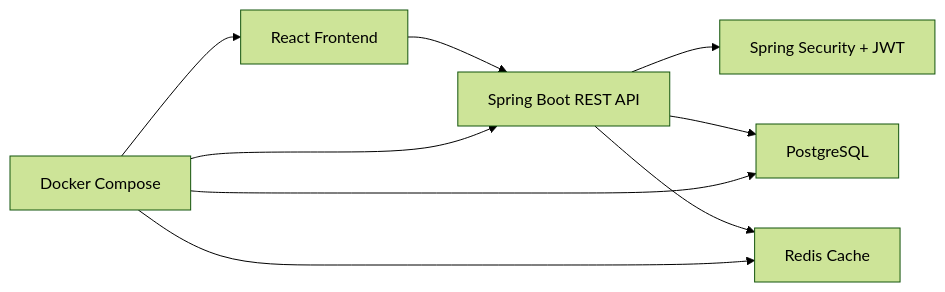
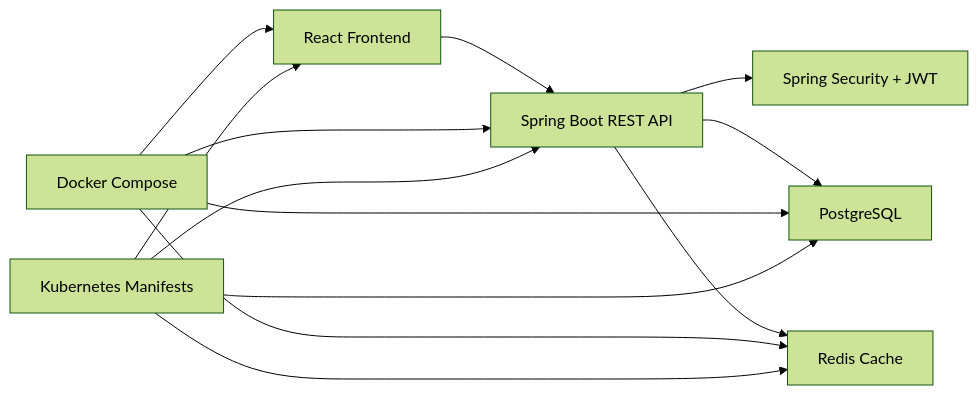
The diagram in README.md (mihir252731/cloud-inventory-order-management), drawn with Mermaid (forest theme) before and after one commit. The commit also changed other lines of this file and 14 other files, not shown here.

````diff
--- a/README.md
+++ b/README.md
@@ -89,11 +91,15 @@
 ```mermaid
 flowchart LR
     UI["React Frontend"] --> API["Spring Boot REST API"]
     API --> SEC["Spring Security + JWT"]
     API --> DB["PostgreSQL"]
     API --> CACHE["Redis Cache"]
     DEV["Docker Compose"] --> UI
     DEV --> API
     DEV --> DB
     DEV --> CACHE
+    K8S["Kubernetes Manifests"] --> UI
+    K8S --> API
+    K8S --> DB
+    K8S --> CACHE
 ```
````
